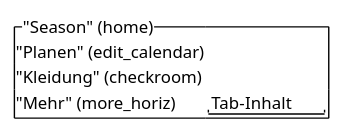
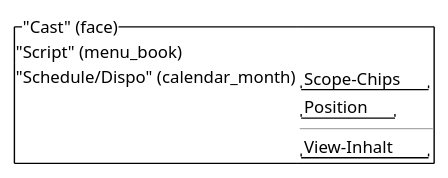
Before and after one commit to tradem/breakdown-rs: the third of 3 diagrams in docs/design/screens/navigation-shell.md, drawn with PlantUML. The commit also changed other lines of this file and 67 other files, not shown here.

First line of the commit message:
feat(flutter): three task-oriented navigation views (Cast, Script, Schedule/Dispo) (issue #610)

````diff
--- a/docs/design/screens/navigation-shell.md
+++ b/docs/design/screens/navigation-shell.md
@@ -63,10 +84,12 @@
 ```plantuml
 @startsalt
 {
-  {^ "Season" (home)
-     "Planen" (edit_calendar)
-     "Kleidung" (checkroom)
-     "Mehr" (more_horiz) | "Tab-Inhalt" }
+  {^ "Cast" (face)
+     "Script" (menu_book)
+     "Schedule/Dispo" (calendar_month) | { "Scope-Chips"
+        "Position"
+        ---
+        "View-Inhalt" } }
 }
 @endsalt
 ```
````
